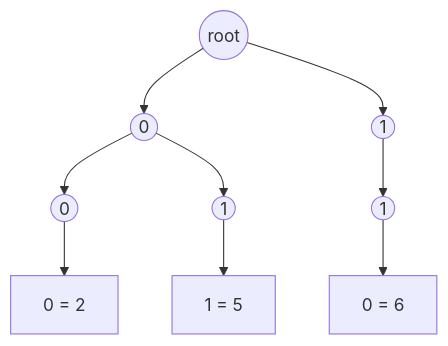
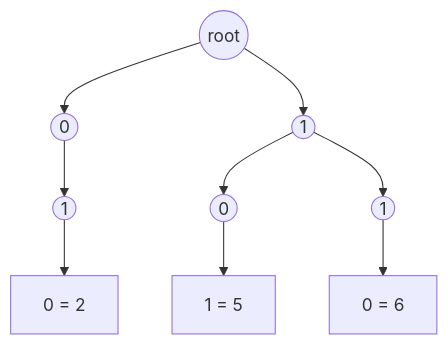
The second of 2 diagrams in 14_tries/notes/03_trie_plus_dfs.md (kidskoding/faang-dsa), drawn with Mermaid before and after one commit. The commit also changed other lines of this file and 15 other files, not shown here.

````diff
--- a/14_tries/notes/03_trie_plus_dfs.md
+++ b/14_tries/notes/03_trie_plus_dfs.md
@@ -448,11 +450,11 @@
 ```mermaid
 graph TD
     r(("root")) --> b0(("0"))
     r --> b1(("1"))
-    b0 --> b00(("0"))
     b0 --> b01(("1"))
-    b00 --> n2["0 = 2"]
-    b01 --> n5["1 = 5"]
+    b01 --> n2["0 = 2"]
+    b1 --> b10(("0"))
     b1 --> b11(("1"))
+    b10 --> n5["1 = 5"]
     b11 --> n6["0 = 6"]
 ```
````
